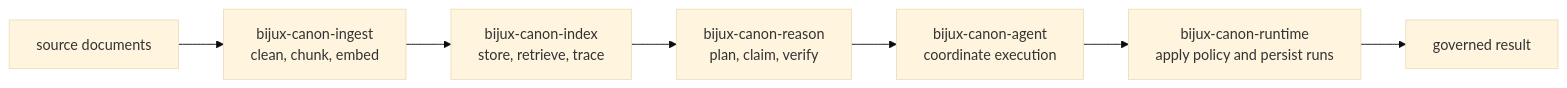
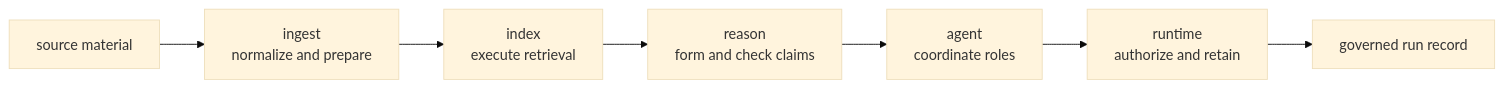
Before and after one commit to bijux/bijux-canon: the first of 2 diagrams in docs/01-bijux-canon/foundation/platform-overview.md, drawn with Mermaid (base theme). The commit also changed other lines of this file and 2 other files, not shown here.

````diff
--- a/docs/01-bijux-canon/foundation/platform-overview.md
+++ b/docs/01-bijux-canon/foundation/platform-overview.md
@@ -22,12 +25,12 @@
 ```mermaid
 flowchart LR
-    source["source documents"]
-    ingest["bijux-canon-ingest<br/>clean, chunk, embed"]
-    index["bijux-canon-index<br/>store, retrieve, trace"]
-    reason["bijux-canon-reason<br/>plan, claim, verify"]
-    agent["bijux-canon-agent<br/>coordinate execution"]
-    runtime["bijux-canon-runtime<br/>apply policy and persist runs"]
-    result["governed result"]
+    source["source material"]
+    ingest["ingest<br/>normalize and prepare"]
+    index["index<br/>execute retrieval"]
+    reason["reason<br/>form and check claims"]
+    agent["agent<br/>coordinate roles"]
+    runtime["runtime<br/>authorize and retain"]
+    record["governed run record"]
 
-    source --> ingest --> index --> reason --> agent --> runtime --> result
+    source --> ingest --> index --> reason --> agent --> runtime --> record
 ```
````
